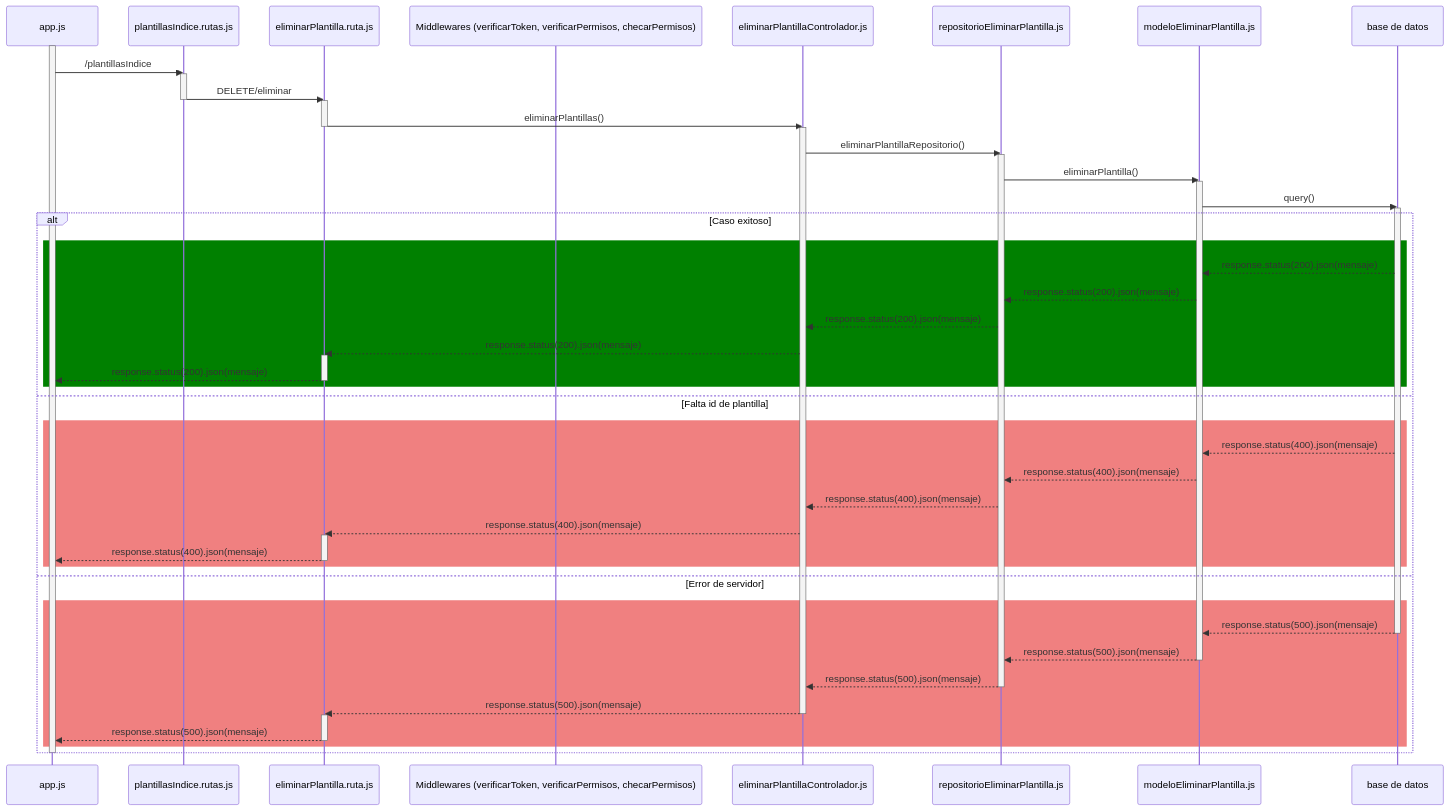
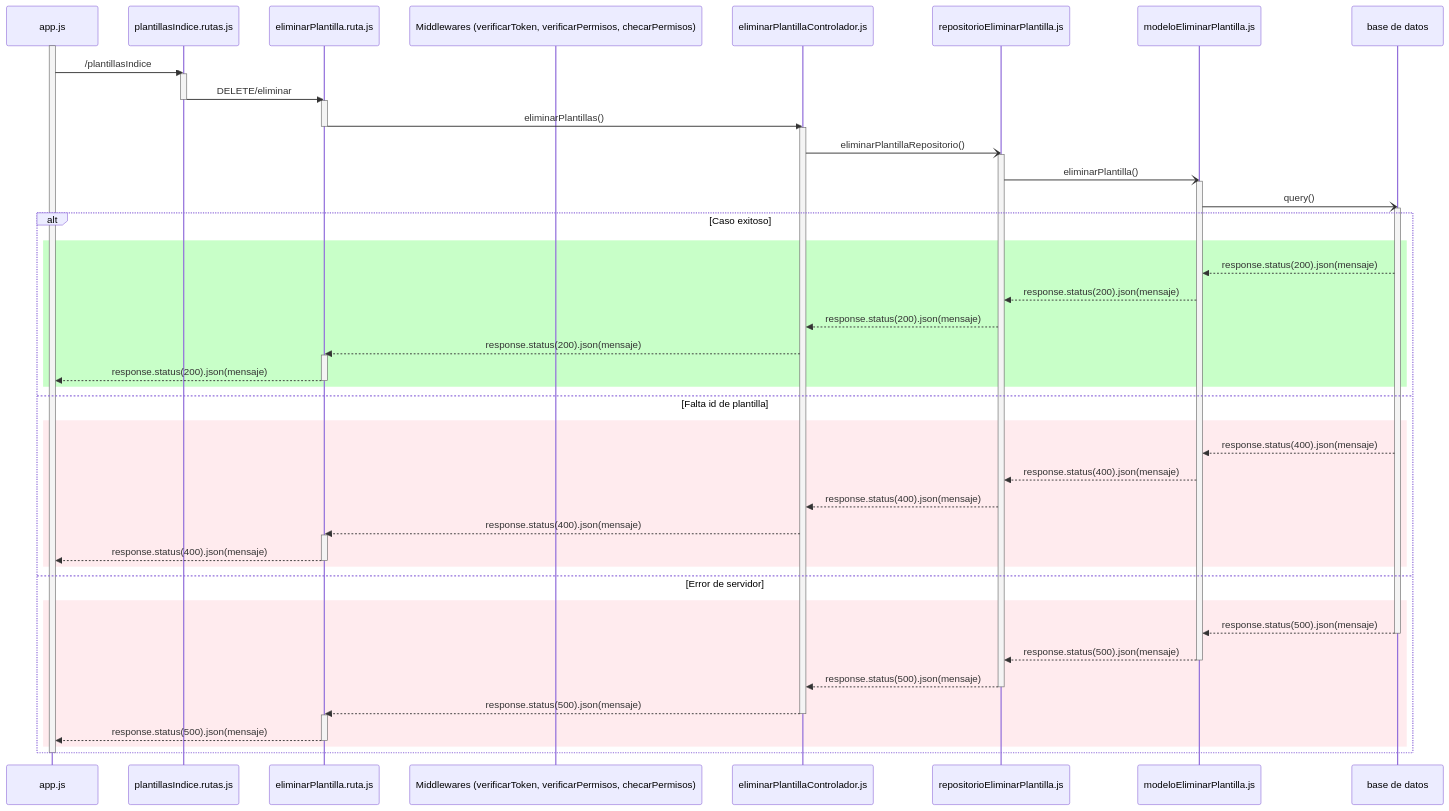
Before and after one commit to CodeAnd-Co/Documentacion: the second of 2 diagrams in documentation/docs/proyectos/tractores/documentacion/requisitos/RF33.md, drawn with Mermaid. The commit also changed other lines of this file, not shown here.

Commit message:
Primer diagrama de secuencia app local RF33

````diff
--- a/documentation/docs/proyectos/tractores/documentacion/requisitos/RF33.md
+++ b/documentation/docs/proyectos/tractores/documentacion/requisitos/RF33.md
@@ -34,63 +73,63 @@
 ```mermaid
 sequenceDiagram
   participant app as app.js
   participant indicePlantillas as plantillasIndice.rutas.js
   participant eliminarPlantillaRuta as eliminarPlantilla.ruta.js
   participant middlewares as Middlewares (verificarToken, verificarPermisos, checarPermisos)
   participant eliminarPlantillaControlador as eliminarPlantillaControlador.js
   participant repositorioEliminarPlantilla as repositorioEliminarPlantilla.js
   participant modeloEliminarPlantilla as modeloEliminarPlantilla.js
   participant DB as base de datos
 
   activate app
   app ->> indicePlantillas: /plantillasIndice
   activate indicePlantillas
   indicePlantillas ->> eliminarPlantillaRuta: DELETE/eliminar 
   deactivate indicePlantillas
   activate eliminarPlantillaRuta
   eliminarPlantillaRuta ->> eliminarPlantillaControlador: eliminarPlantillas()
   deactivate eliminarPlantillaRuta
   activate eliminarPlantillaControlador
-  eliminarPlantillaControlador ->> repositorioEliminarPlantilla: eliminarPlantillaRepositorio()
+  eliminarPlantillaControlador -) repositorioEliminarPlantilla: eliminarPlantillaRepositorio()
   activate repositorioEliminarPlantilla
-  repositorioEliminarPlantilla ->> modeloEliminarPlantilla: eliminarPlantilla()
+  repositorioEliminarPlantilla -) modeloEliminarPlantilla: eliminarPlantilla()
   activate modeloEliminarPlantilla
-  modeloEliminarPlantilla ->> DB: query()
+  modeloEliminarPlantilla -) DB: query()
   activate DB
   alt Caso exitoso
-    rect Green
+    rect rgb(200, 255, 200)
     DB -->> modeloEliminarPlantilla: response.status(200).json(mensaje)
     modeloEliminarPlantilla -->> repositorioEliminarPlantilla: response.status(200).json(mensaje)
     repositorioEliminarPlantilla -->> eliminarPlantillaControlador: response.status(200).json(mensaje)
     eliminarPlantillaControlador -->> eliminarPlantillaRuta: response.status(200).json(mensaje)
     activate eliminarPlantillaRuta
     eliminarPlantillaRuta -->> app: response.status(200).json(mensaje)
     deactivate eliminarPlantillaRuta
     end
   else Falta id de plantilla
-    rect Lightcoral
+    rect rgb(255, 235, 238)
     DB -->> modeloEliminarPlantilla: response.status(400).json(mensaje)
     modeloEliminarPlantilla -->> repositorioEliminarPlantilla: response.status(400).json(mensaje)
     repositorioEliminarPlantilla -->> eliminarPlantillaControlador: response.status(400).json(mensaje)
     eliminarPlantillaControlador -->> eliminarPlantillaRuta: response.status(400).json(mensaje)
     activate eliminarPlantillaRuta
     eliminarPlantillaRuta -->> app: response.status(400).json(mensaje)
     deactivate eliminarPlantillaRuta
     end
   else Error de servidor
-    rect Lightcoral
+    rect rgb(255, 235, 238)
     DB -->> modeloEliminarPlantilla: response.status(500).json(mensaje)
     deactivate DB
     modeloEliminarPlantilla -->> repositorioEliminarPlantilla: response.status(500).json(mensaje)
     deactivate modeloEliminarPlantilla
     repositorioEliminarPlantilla -->> eliminarPlantillaControlador: response.status(500).json(mensaje)
     deactivate repositorioEliminarPlantilla
     eliminarPlantillaControlador -->> eliminarPlantillaRuta: response.status(500).json(mensaje)
     deactivate eliminarPlantillaControlador
     activate eliminarPlantillaRuta
     eliminarPlantillaRuta -->> app: response.status(500).json(mensaje)
     deactivate eliminarPlantillaRuta
     end
   end
   deactivate app
 ```
````
